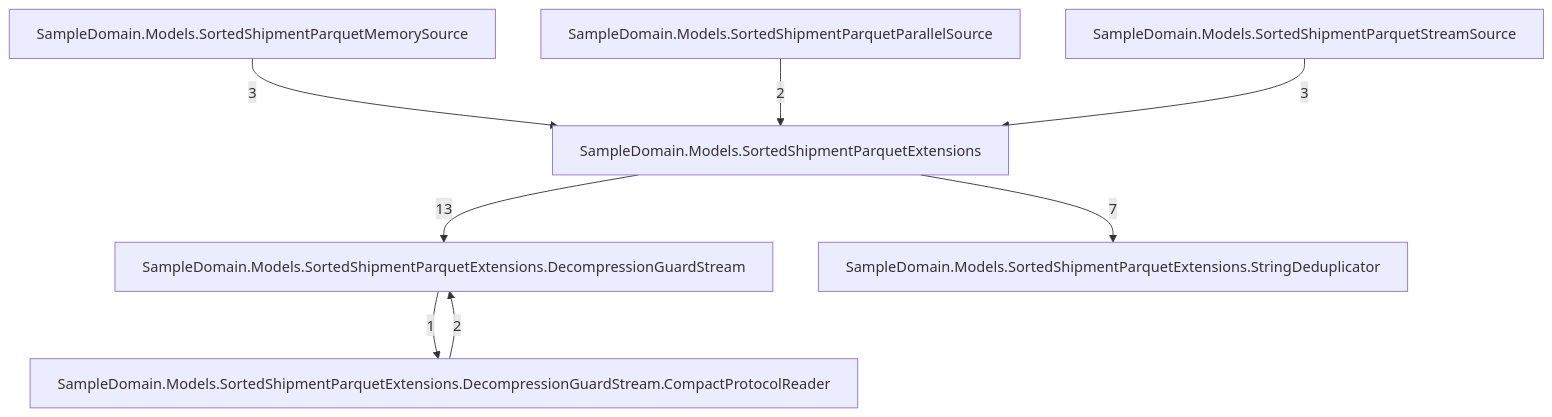
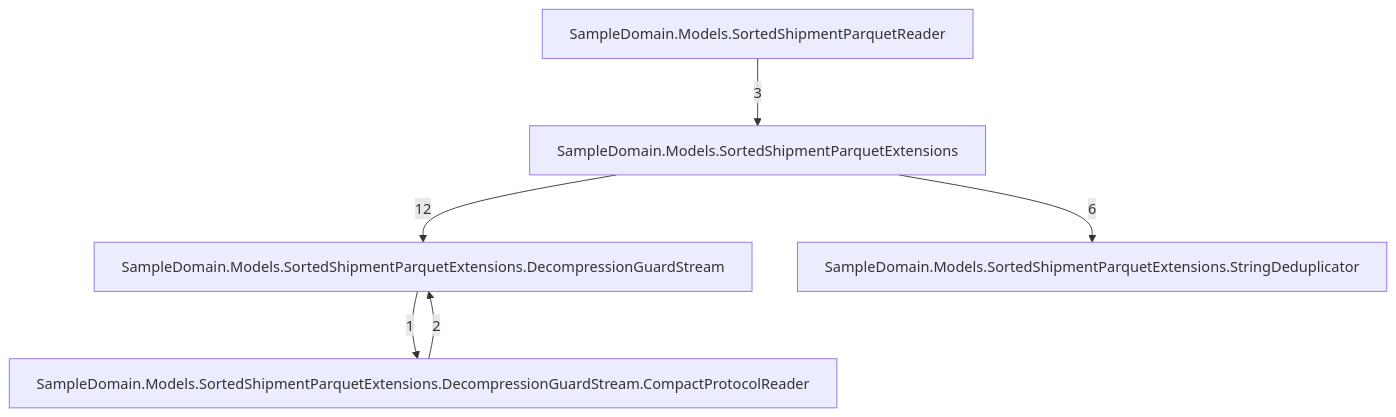
Before and after one commit to rtkelly13/Parquet.SourceGenerator: the seventh of 7 diagrams in docs/callgraph-generated.md, drawn with Mermaid. The commit also changed other lines of this file and 103 other files, not shown here.

````diff
--- a/docs/callgraph-generated.md
+++ b/docs/callgraph-generated.md
@@ -116,17 +96,13 @@
 ```mermaid
 graph TD
     tsampledomainmodelssortedshipmentparquetextensions_051["SampleDomain.Models.SortedShipmentParquetExtensions"]
     tsampledomainmodelssortedshipmentparquetextensionsdecompressionguardstream_076["SampleDomain.Models.SortedShipmentParquetExtensions.DecompressionGuardStream"]
     tsampledomainmodelssortedshipmentparquetextensionsdecompressionguardstreamcompactprotocolreader_098["SampleDomain.Models.SortedShipmentParquetExtensions.DecompressionGuardStream.CompactProtocolReader"]
     tsampledomainmodelssortedshipmentparquetextensionsstringdeduplicator_070["SampleDomain.Models.SortedShipmentParquetExtensions.StringDeduplicator"]
-    tsampledomainmodelssortedshipmentparquetmemorysource_053["SampleDomain.Models.SortedShipmentParquetMemorySource"]
-    tsampledomainmodelssortedshipmentparquetparallelsource_055["SampleDomain.Models.SortedShipmentParquetParallelSource"]
-    tsampledomainmodelssortedshipmentparquetstreamsource_053["SampleDomain.Models.SortedShipmentParquetStreamSource"]
+    tsampledomainmodelssortedshipmentparquetreader_047["SampleDomain.Models.SortedShipmentParquetReader"]
     tsampledomainmodelssortedshipmentparquetextensionsdecompressionguardstreamcompactprotocolreader_098 -->|2| tsampledomainmodelssortedshipmentparquetextensionsdecompressionguardstream_076
     tsampledomainmodelssortedshipmentparquetextensionsdecompressionguardstream_076 -->|1| tsampledomainmodelssortedshipmentparquetextensionsdecompressionguardstreamcompactprotocolreader_098
-    tsampledomainmodelssortedshipmentparquetextensions_051 -->|13| tsampledomainmodelssortedshipmentparquetextensionsdecompressionguardstream_076
-    tsampledomainmodelssortedshipmentparquetextensions_051 -->|7| tsampledomainmodelssortedshipmentparquetextensionsstringdeduplicator_070
-    tsampledomainmodelssortedshipmentparquetmemorysource_053 -->|3| tsampledomainmodelssortedshipmentparquetextensions_051
-    tsampledomainmodelssortedshipmentparquetparallelsource_055 -->|2| tsampledomainmodelssortedshipmentparquetextensions_051
-    tsampledomainmodelssortedshipmentparquetstreamsource_053 -->|3| tsampledomainmodelssortedshipmentparquetextensions_051
+    tsampledomainmodelssortedshipmentparquetextensions_051 -->|12| tsampledomainmodelssortedshipmentparquetextensionsdecompressionguardstream_076
+    tsampledomainmodelssortedshipmentparquetextensions_051 -->|6| tsampledomainmodelssortedshipmentparquetextensionsstringdeduplicator_070
+    tsampledomainmodelssortedshipmentparquetreader_047 -->|3| tsampledomainmodelssortedshipmentparquetextensions_051
 ```
````
